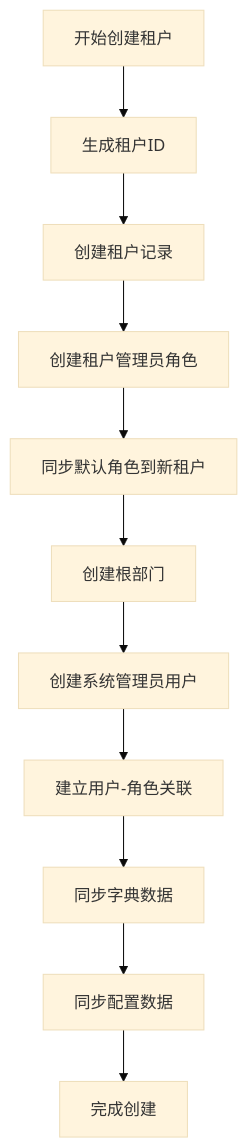
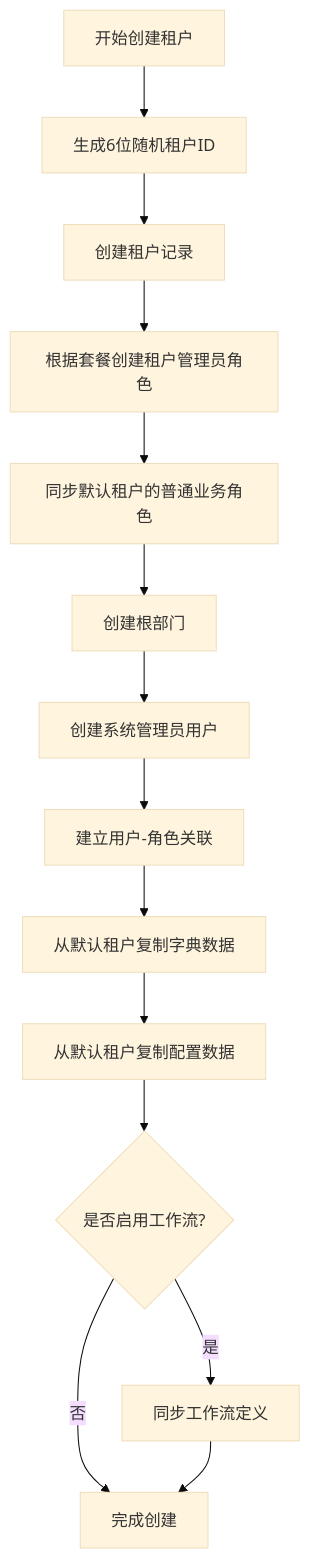
The diagram in docs/backend/modules/system/tenant.md (bkywksj/ruoyi-plus-uniapp-docs), drawn with Mermaid (base theme) before and after one commit. The commit also changed other lines of this file and 29 other files, not shown here.

````diff
--- a/docs/backend/modules/system/tenant.md
+++ b/docs/backend/modules/system/tenant.md
@@ -56,13 +254,16 @@
 ```mermaid
 graph TD
-    A[开始创建租户] --> B[生成租户ID]
+    A[开始创建租户] --> B[生成6位随机租户ID]
     B --> C[创建租户记录]
-    C --> D[创建租户管理员角色]
-    D --> E[同步默认角色到新租户]
+    C --> D[根据套餐创建租户管理员角色]
+    D --> E[同步默认租户的普通业务角色]
     E --> F[创建根部门]
     F --> G[创建系统管理员用户]
     G --> H[建立用户-角色关联]
-    H --> I[同步字典数据]
-    I --> J[同步配置数据]
-    J --> K[完成创建]
+    H --> I[从默认租户复制字典数据]
+    I --> J[从默认租户复制配置数据]
+    J --> K{是否启用工作流?}
+    K -->|是| L[同步工作流定义]
+    K -->|否| M[完成创建]
+    L --> M
 ```
````
